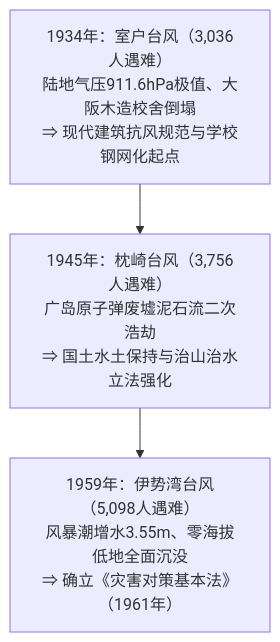
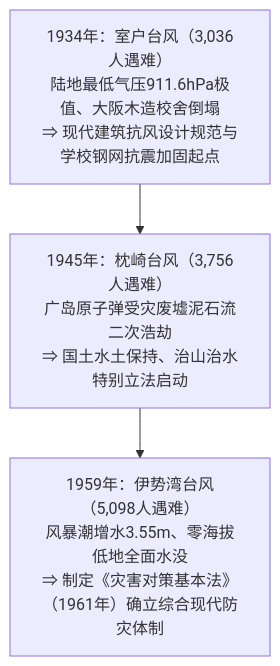
The seventh of 11 diagrams in content/post/typhoon-meteorology-mechanisms-historic-disasters-guide/index.zh-cn.md (kenjinote/blog), drawn with Mermaid before and after one commit. The commit also changed other lines of this file and 11 other files, not shown here.

````diff
--- a/content/post/typhoon-meteorology-mechanisms-historic-disasters-guide/index.zh-cn.md
+++ b/content/post/typhoon-meteorology-mechanisms-historic-disasters-guide/index.zh-cn.md
@@ -139,5 +213,5 @@
 ```mermaid
 flowchart TD
-    M1["1934年：室户台风（3,036人遇难）<br/>陆地气压911.6hPa极值、大阪木造校舍倒塌<br/>⇒ 现代建筑抗风规范与学校钢网化起点"] --> M2["1945年：枕崎台风（3,756人遇难）<br/>广岛原子弹废墟泥石流二次浩劫<br/>⇒ 国土水土保持与治山治水立法强化"]
-    M2 --> M3["1959年：伊势湾台风（5,098人遇难）<br/>风暴潮增水3.55m、零海拔低地全面沉没<br/>⇒ 确立《灾害对策基本法》（1961年）"]
+    M1["1934年：室户台风（3,036人遇难）<br/>陆地最低气压911.6hPa极值、大阪木造校舍倒塌<br/>⇒ 现代建筑抗风设计规范与学校钢网抗震加固起点"] --> M2["1945年：枕崎台风（3,756人遇难）<br/>广岛原子弹受灾废墟泥石流二次浩劫<br/>⇒ 国土水土保持、治山治水特别立法启动"]
+    M2 --> M3["1959年：伊势湾台风（5,098人遇难）<br/>风暴潮增水3.55m、零海拔低地全面水没<br/>⇒ 制定《灾害对策基本法》（1961年）确立综合现代防灾体制"]
 ```
````
